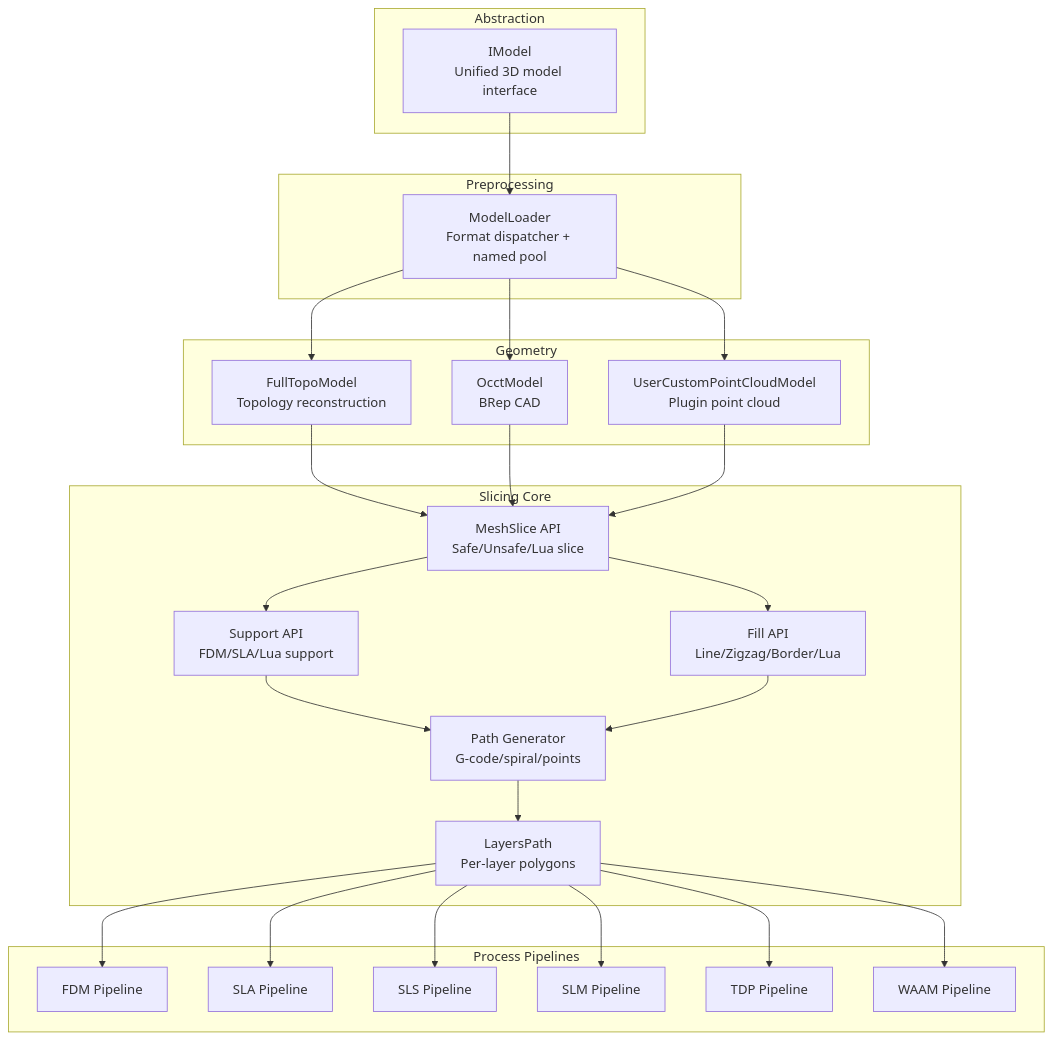
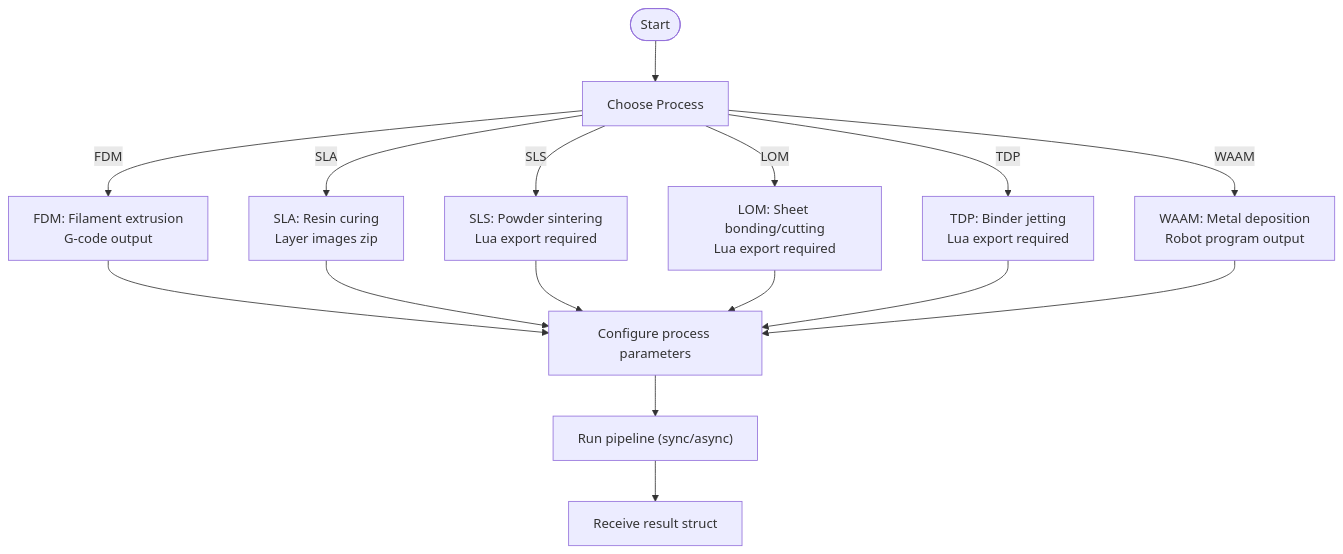
The third of 9 diagrams in .qoder/repowiki/en/content/Core Concepts.md (hsmbanlance/HsBaSlicer), drawn with Mermaid before and after one commit. The commit also changed other lines of this file and 1095 other files, not shown here.

````diff
--- a/.qoder/repowiki/en/content/Core Concepts.md
+++ b/.qoder/repowiki/en/content/Core Concepts.md
@@ -61,47 +154,18 @@
 ```mermaid
-graph TB
-subgraph "Abstraction"
-IModel["IModel<br/>Unified 3D model interface"]
-end
-subgraph "Preprocessing"
-ModelLoader["ModelLoader<br/>Format dispatcher + named pool"]
-end
-subgraph "Geometry"
-FullTopo["FullTopoModel<br/>Topology reconstruction"]
-Occt["OcctModel<br/>BRep CAD"]
-PointCloud["UserCustomPointCloudModel<br/>Plugin point cloud"]
-end
-subgraph "Slicing Core"
-SliceAPI["MeshSlice API<br/>Safe/Unsafe/Lua slice"]
-SupportAPI["Support API<br/>FDM/SLA/Lua support"]
-FillAPI["Fill API<br/>Line/Zigzag/Border/Lua"]
-PathAPI["Path Generator<br/>G-code/spiral/points"]
-LayersPath["LayersPath<br/>Per-layer polygons"]
-end
-subgraph "Process Pipelines"
-FDM["FDM Pipeline"]
-SLA["SLA Pipeline"]
-SLS["SLS Pipeline"]
-SLM["SLM Pipeline"]
-TDP["TDP Pipeline"]
-WAAM["WAAM Pipeline"]
-end
-IModel --> ModelLoader
-ModelLoader --> FullTopo
-ModelLoader --> Occt
-ModelLoader --> PointCloud
-FullTopo --> SliceAPI
-Occt --> SliceAPI
-PointCloud --> SliceAPI
-SliceAPI --> SupportAPI
-SliceAPI --> FillAPI
-SupportAPI --> PathAPI
-FillAPI --> PathAPI
-PathAPI --> LayersPath
-LayersPath --> FDM
-LayersPath --> SLA
-LayersPath --> SLS
-LayersPath --> SLM
-LayersPath --> TDP
-LayersPath --> WAAM
+flowchart TD
+Start(["Start"]) --> Choose["Choose Process"]
+Choose --> |FDM| FDM["FDM: Filament extrusion<br/>G-code output"]
+Choose --> |SLA| SLA["SLA: Resin curing<br/>Layer images zip"]
+Choose --> |SLS| SLS["SLS: Powder sintering<br/>Lua export required"]
+Choose --> |LOM| LOM["LOM: Sheet bonding/cutting<br/>Lua export required"]
+Choose --> |TDP| TDP["TDP: Binder jetting<br/>Lua export required"]
+Choose --> |WAAM| WAAM["WAAM: Metal deposition<br/>Robot program output"]
+FDM --> Params["Configure process parameters"]
+SLA --> Params
+SLS --> Params
+LOM --> Params
+TDP --> Params
+WAAM --> Params
+Params --> Run["Run pipeline (sync/async)"]
+Run --> Result["Receive result struct"]
 ```
````
